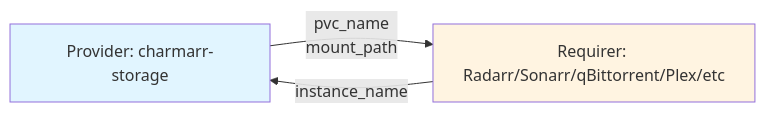
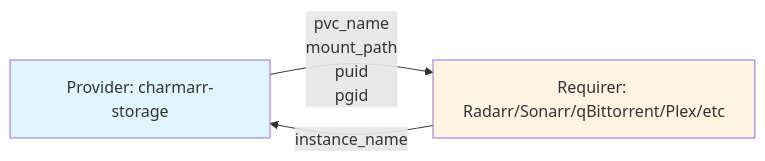
Before and after one commit to charmarr/charmarr-meta: the diagram in adr/interfaces/adr-005-media-storage.md, drawn with Mermaid. The commit also changed other lines of this file and 3 other files, not shown here.

````diff
--- a/adr/interfaces/adr-005-media-storage.md
+++ b/adr/interfaces/adr-005-media-storage.md
@@ -54,11 +51,11 @@
 ```mermaid
 graph LR
     P[Provider: charmarr-storage]
     R[Requirer: Radarr/Sonarr/qBittorrent/Plex/etc]
-
-    P -->|pvc_name<br/>mount_path| R
+    
+    P -->|pvc_name<br/>mount_path<br/>puid<br/>pgid| R
     R -->|instance_name| P
-
+    
     style P fill:#e1f5ff
     style R fill:#fff4e1
 ```
````
